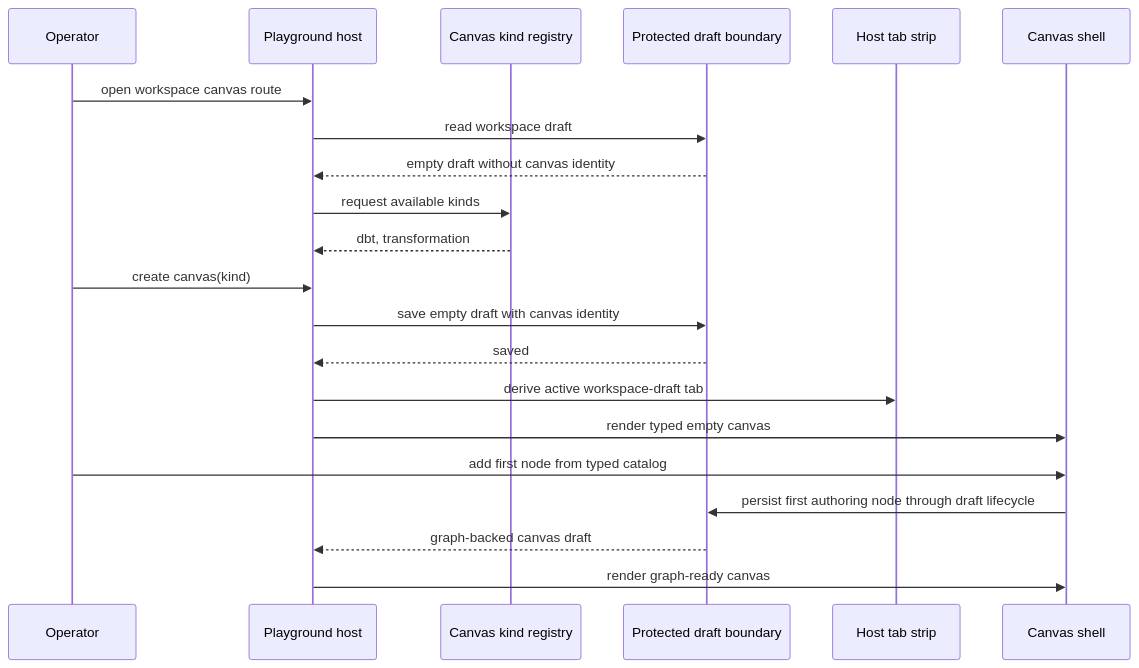
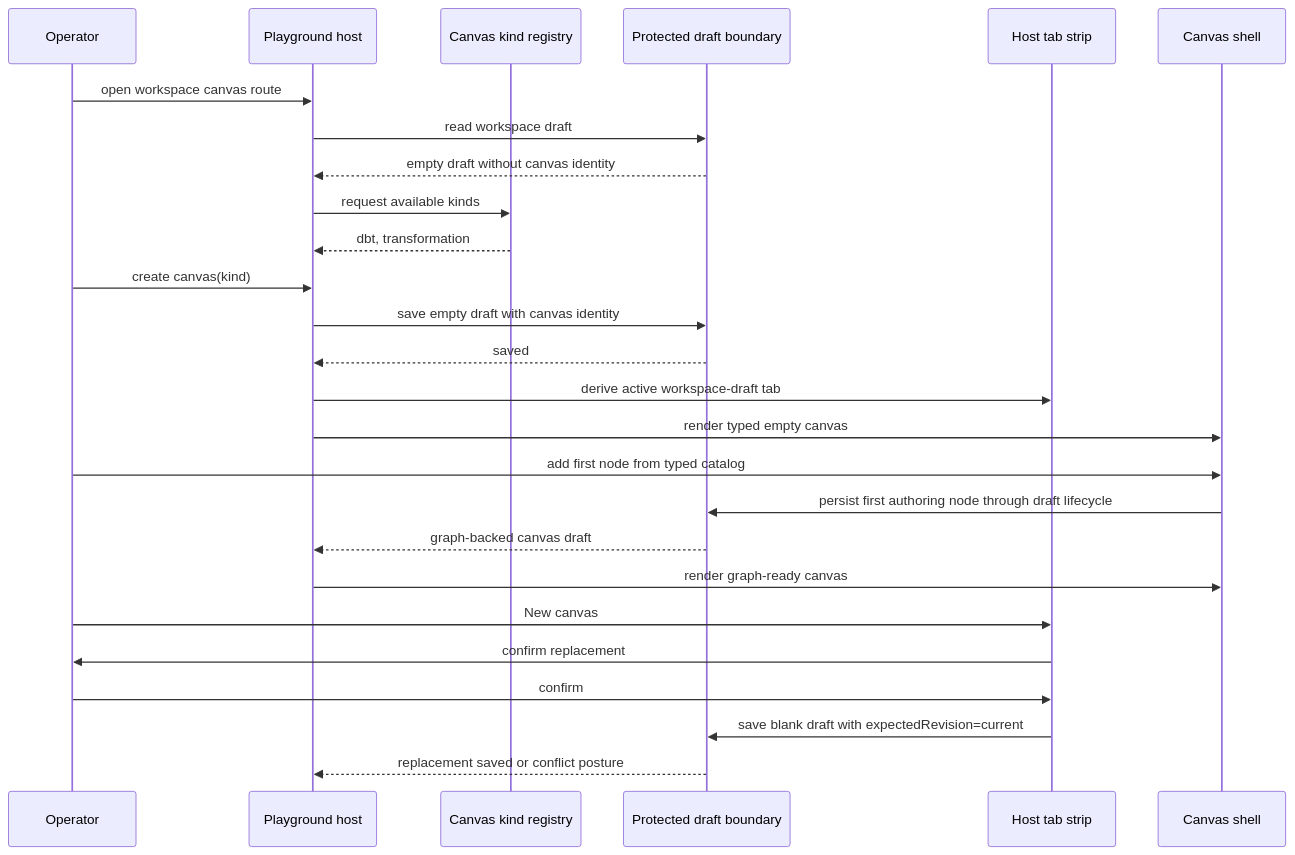
Before and after one commit to dunay2/dvt: the third of 4 diagrams in docs/architecture/components/web/graph/canvas-playground-host-component.md, drawn with Mermaid. The commit also changed other lines of this file and 52 other files, not shown here.

Commit message:
refactor(web): Harden canvas startup and draft recovery architecture

````diff
--- a/docs/architecture/components/web/graph/canvas-playground-host-component.md
+++ b/docs/architecture/components/web/graph/canvas-playground-host-component.md
@@ -148,24 +152,29 @@
 ```mermaid
 sequenceDiagram
   participant User as Operator
   participant Host as Playground host
   participant Registry as Canvas kind registry
   participant Draft as Protected draft boundary
   participant Tabs as Host tab strip
   participant Shell as Canvas shell
 
   User->>Host: open workspace canvas route
   Host->>Draft: read workspace draft
   Draft-->>Host: empty draft without canvas identity
   Host->>Registry: request available kinds
   Registry-->>Host: dbt, transformation
   User->>Host: create canvas(kind)
   Host->>Draft: save empty draft with canvas identity
   Draft-->>Host: saved
   Host->>Tabs: derive active workspace-draft tab
   Host->>Shell: render typed empty canvas
   User->>Shell: add first node from typed catalog
   Shell->>Draft: persist first authoring node through draft lifecycle
   Draft-->>Host: graph-backed canvas draft
   Host->>Shell: render graph-ready canvas
+  User->>Tabs: New canvas
+  Tabs->>User: confirm replacement
+  User->>Tabs: confirm
+  Tabs->>Draft: save blank draft with expectedRevision=current
+  Draft-->>Host: replacement saved or conflict posture
 ```
````
